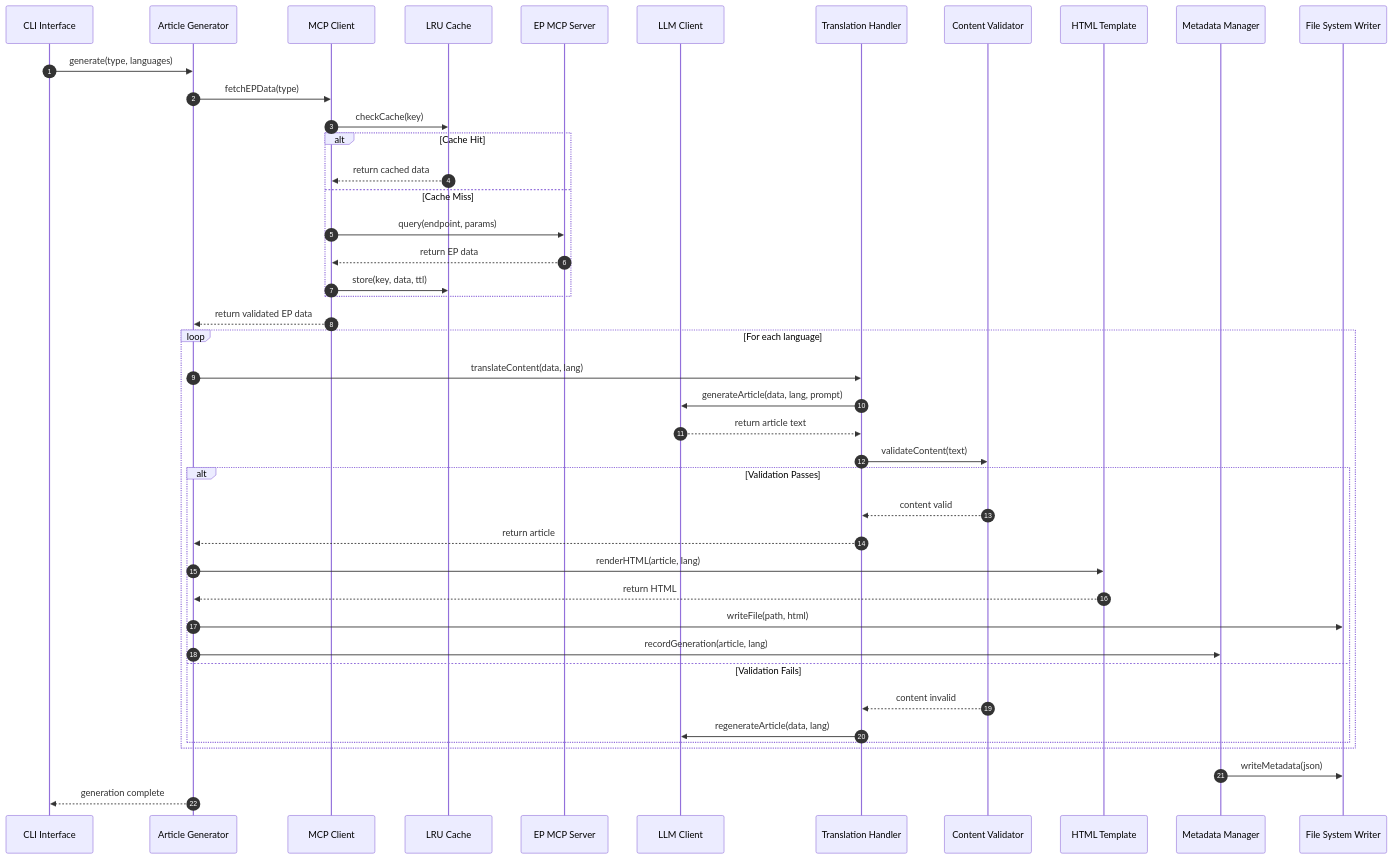
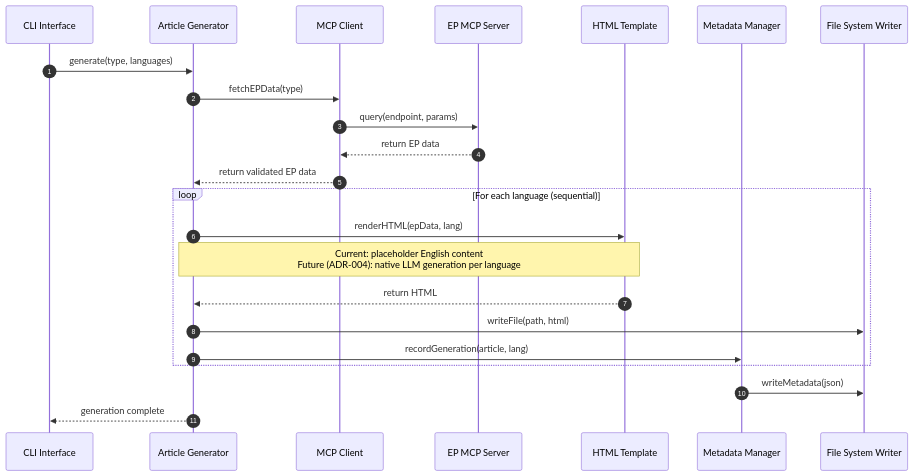
The sixth of 12 diagrams in ARCHITECTURE.md (Hack23/euparliamentmonitor), drawn with Mermaid before and after one commit. The commit also changed other lines of this file, not shown here.

Commit message:
docs: fix deployment references and current-state accuracy in ARCHITECTURE.md

````diff
--- a/ARCHITECTURE.md
+++ b/ARCHITECTURE.md
@@ -431,51 +437,28 @@
 ```mermaid
 sequenceDiagram
     autonumber
     participant CLI as CLI Interface
     participant Gen as Article Generator
     participant MCP as MCP Client
-    participant Cache as LRU Cache
     participant EPMCP as EP MCP Server
-    participant LLM as LLM Client
-    participant Trans as Translation Handler
-    participant Valid as Content Validator
     participant Tmpl as HTML Template
     participant Meta as Metadata Manager
     participant FS as File System Writer
     
     CLI->>Gen: generate(type, languages)
     Gen->>MCP: fetchEPData(type)
-    MCP->>Cache: checkCache(key)
-    
-    alt Cache Hit
-        Cache-->>MCP: return cached data
-    else Cache Miss
-        MCP->>EPMCP: query(endpoint, params)
-        EPMCP-->>MCP: return EP data
-        MCP->>Cache: store(key, data, ttl)
-    end
-    
+    MCP->>EPMCP: query(endpoint, params)
+    EPMCP-->>MCP: return EP data
     MCP-->>Gen: return validated EP data
     
-    loop For each language
-        Gen->>Trans: translateContent(data, lang)
-        Trans->>LLM: generateArticle(data, lang, prompt)
-        LLM-->>Trans: return article text
-        Trans->>Valid: validateContent(text)
-        
-        alt Validation Passes
-            Valid-->>Trans: content valid
-            Trans-->>Gen: return article
-            Gen->>Tmpl: renderHTML(article, lang)
-            Tmpl-->>Gen: return HTML
-            Gen->>FS: writeFile(path, html)
-            Gen->>Meta: recordGeneration(article, lang)
-        else Validation Fails
-            Valid-->>Trans: content invalid
-            Trans->>LLM: regenerateArticle(data, lang)
-        end
+    loop For each language (sequential)
+        Gen->>Tmpl: renderHTML(epData, lang)
+        Note over Gen,Tmpl: Current: placeholder English content<br/>Future (ADR-004): native LLM generation per language
+        Tmpl-->>Gen: return HTML
+        Gen->>FS: writeFile(path, html)
+        Gen->>Meta: recordGeneration(article, lang)
     end
     
     Meta->>FS: writeMetadata(json)
     Gen-->>CLI: generation complete
 ```
````
